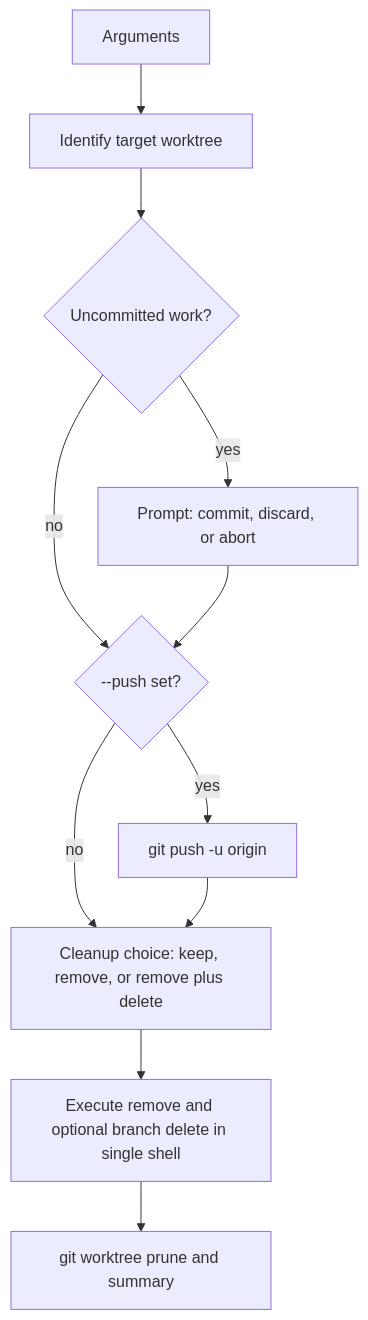
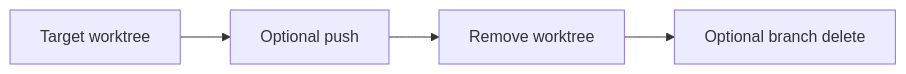
The fourth of 7 diagrams in plugins/empire-git/README.md (marcoskichel/elevator-pitch-skill), drawn with Mermaid before and after one commit. The commit also changed other lines of this file and 5 other files, not shown here.

First line of the commit message:
docs: simplify per-skill diagrams to horizontal high-level flow

````diff
--- a/plugins/empire-git/README.md
+++ b/plugins/empire-git/README.md
@@ -97,13 +80,6 @@
 ```mermaid
-flowchart TD
-  args[Arguments] --> identify[Identify target worktree]
-  identify --> dirty{Uncommitted work?}
-  dirty -- yes --> prompt[Prompt: commit, discard, or abort]
-  dirty -- no --> push{--push set?}
-  prompt --> push
-  push -- yes --> doPush[git push -u origin]
-  push -- no --> choice
-  doPush --> choice[Cleanup choice: keep, remove, or remove plus delete]
-  choice --> exec[Execute remove and optional branch delete in single shell]
-  exec --> prune[git worktree prune and summary]
+flowchart LR
+  target[Target worktree] --> push[Optional push]
+  push --> remove[Remove worktree]
+  remove --> branch[Optional branch delete]
 ```
````
